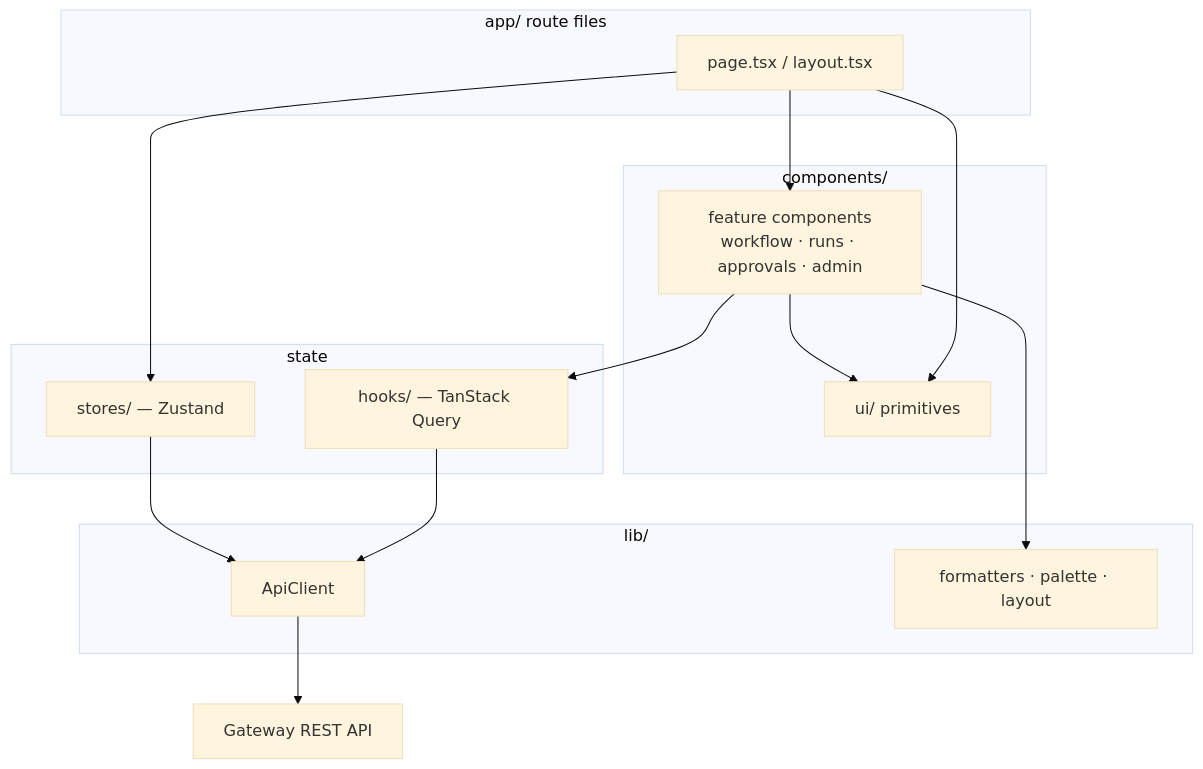
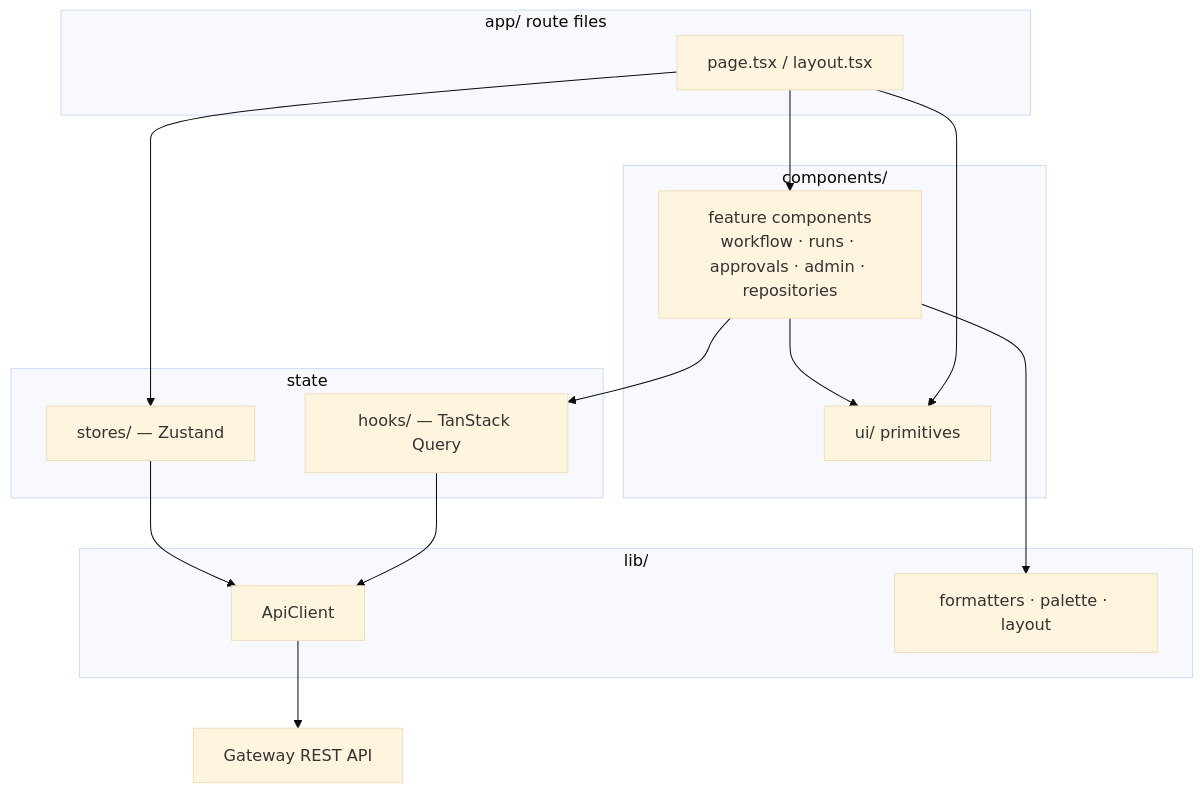
One commit to yorch/auto-swe changed the diagram in wiki/5.2-components-and-state.md. Above: the diagram before and after it, drawn with Mermaid (base theme). The commit also changed other lines of this file and 12 other files, not shown here.

````diff
--- a/wiki/5.2-components-and-state.md
+++ b/wiki/5.2-components-and-state.md
@@ -46,29 +61,29 @@
 ```mermaid
 flowchart TB
   subgraph rt["app/ route files"]
     page["page.tsx / layout.tsx"]
   end
   subgraph comp["components/"]
     ui["ui/ primitives"]
-    feat["feature components<br/>workflow · runs · approvals · admin"]
+    feat["feature components<br/>workflow · runs · approvals · admin · repositories"]
   end
   subgraph st["state"]
     hooks["hooks/ — TanStack Query"]
     stores["stores/ — Zustand"]
   end
   subgraph libs["lib/"]
     apic["ApiClient"]
     fmt["formatters · palette · layout"]
   end
   gw["Gateway REST API"]
 
   page --> feat
   page --> ui
   feat --> ui
   feat --> hooks
   feat --> fmt
   page --> stores
   hooks --> apic
   stores --> apic
   apic --> gw
 ```
````
